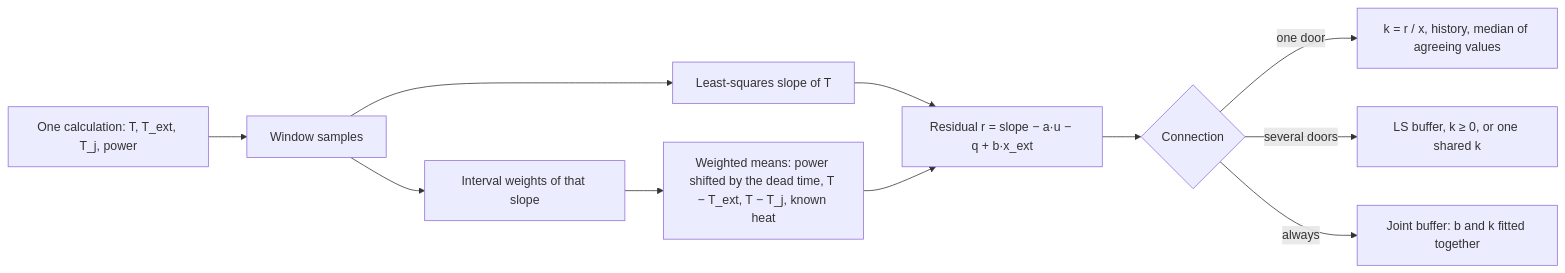
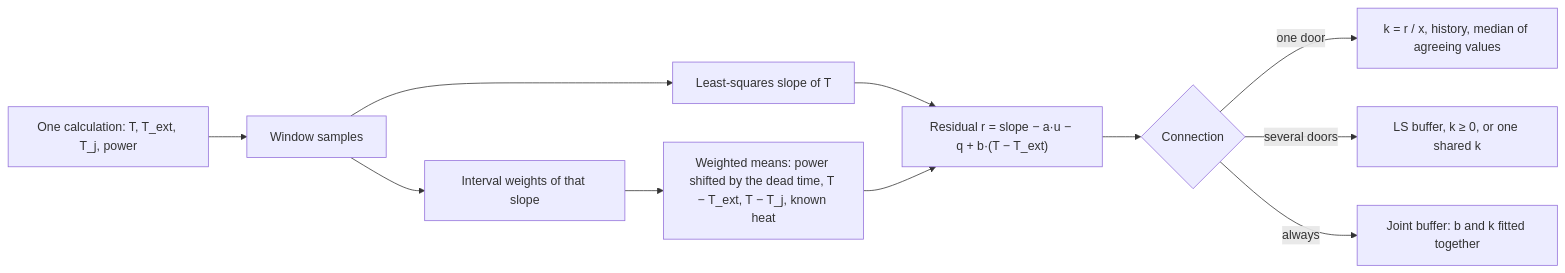
One commit to Shadow-230/vtherm_smartpi changed the third of 11 diagrams in documentation/en/zone_dependencies.md. Above: the diagram before and after it, drawn with Mermaid. The commit also changed other lines of this file and 8 other files, not shown here.

````diff
--- a/documentation/en/zone_dependencies.md
+++ b/documentation/en/zone_dependencies.md
@@ -222,13 +233,13 @@
 ```mermaid
 flowchart LR
     A[One calculation: T, T_ext, T_j, power] --> B[Window samples]
     B --> C[Least-squares slope of T]
     B --> D[Interval weights of that slope]
     D --> E[Weighted means: power shifted by the dead time, T − T_ext, T − T_j, known heat]
-    C --> F[Residual r = slope − a·u − q + b·x_ext]
+    C --> F["Residual r = slope − a·u − q + b·(T − T_ext)"]
     E --> F
     F --> G{Connection}
     G -- one door --> H[k = r / x, history, median of agreeing values]
     G -- several doors --> I[LS buffer, k ≥ 0, or one shared k]
     G -- always --> J[Joint buffer: b and k fitted together]
 ```
````
